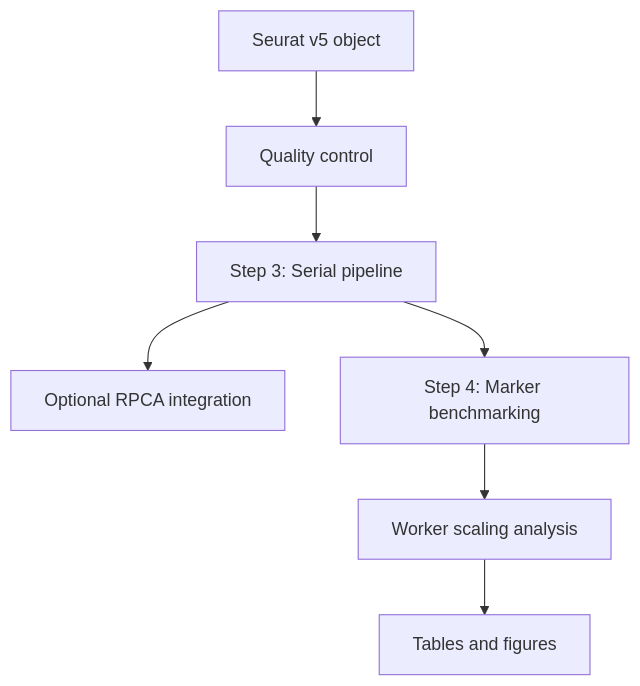
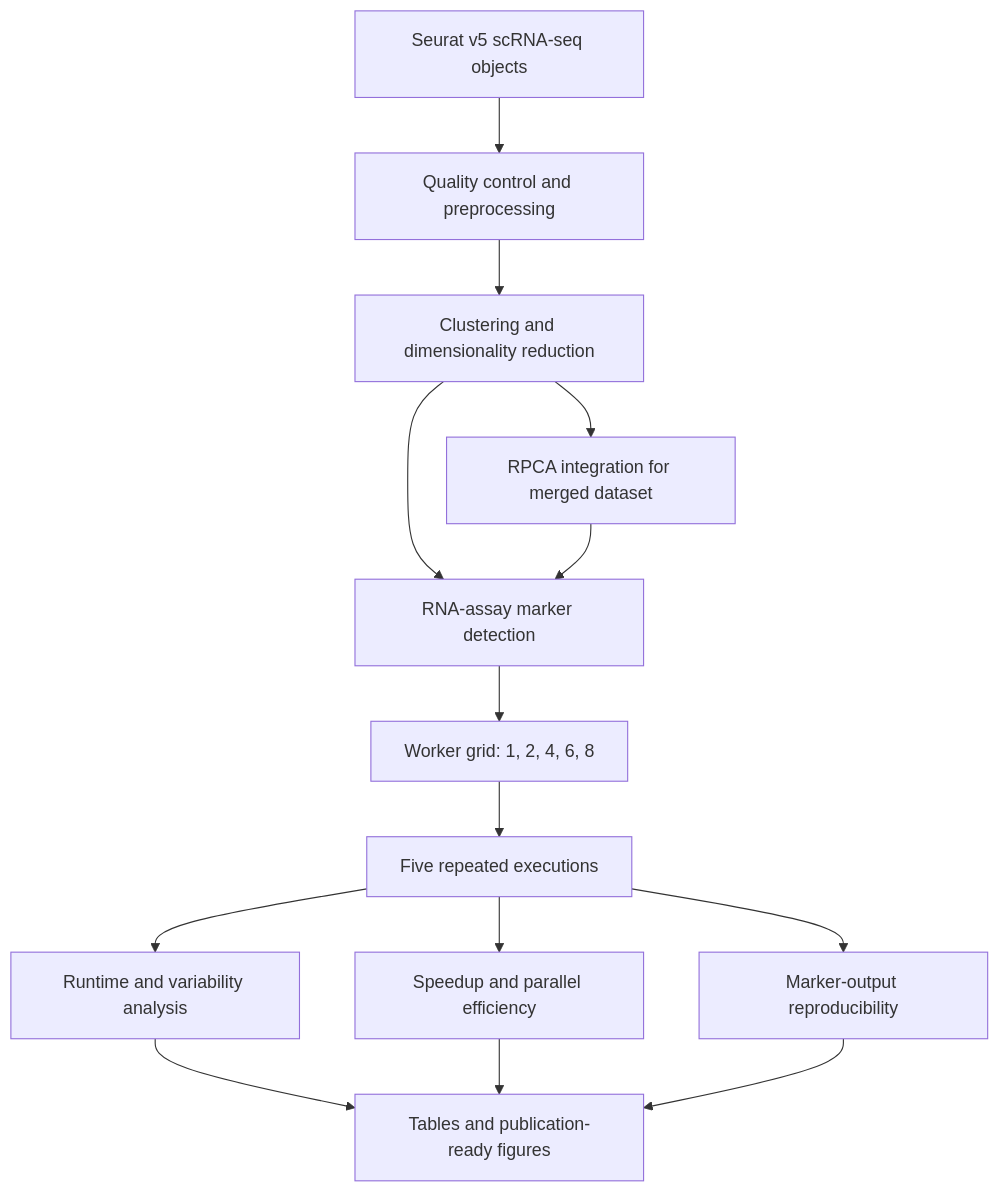
One commit to BacemDataScience/scBenchR changed the diagram in README.md. Above: the diagram before and after it, drawn with Mermaid.

Commit message:
Revise workflow diagram for Seurat v5 pipeline
Updated workflow overview diagram in README.md to reflect new steps and processes.

````diff
--- a/README.md
+++ b/README.md
@@ -27,9 +27,16 @@
 ``` mermaid
 flowchart TD
-  A[Seurat v5 object] --> B[Quality control]
-  B --> C[Step 3: Serial pipeline]
-  C --> D[Optional RPCA integration]
-  C --> E[Step 4: Marker benchmarking]
-  E --> F[Worker scaling analysis]
-  F --> G[Tables and figures]
+  A[Seurat v5 scRNA-seq objects] --> B[Quality control and preprocessing]
+  B --> C[Clustering and dimensionality reduction]
+  C --> D[RPCA integration for merged dataset]
+  C --> E[RNA-assay marker detection]
+  D --> E
+  E --> F[Worker grid: 1, 2, 4, 6, 8]
+  F --> G[Five repeated executions]
+  G --> H[Runtime and variability analysis]
+  G --> I[Speedup and parallel efficiency]
+  G --> J[Marker-output reproducibility]
+  H --> K[Tables and publication-ready figures]
+  I --> K
+  J --> K
 ```
````
